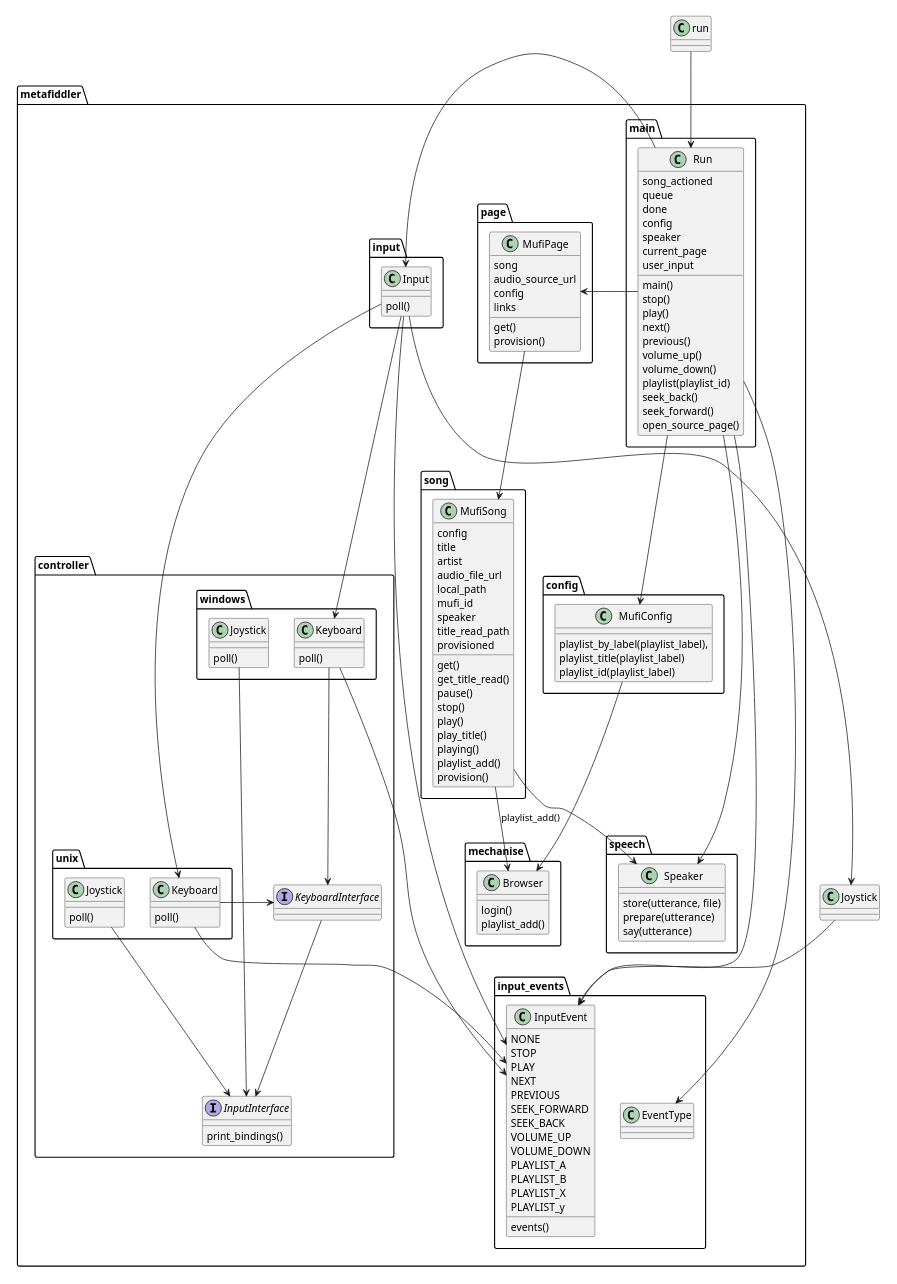
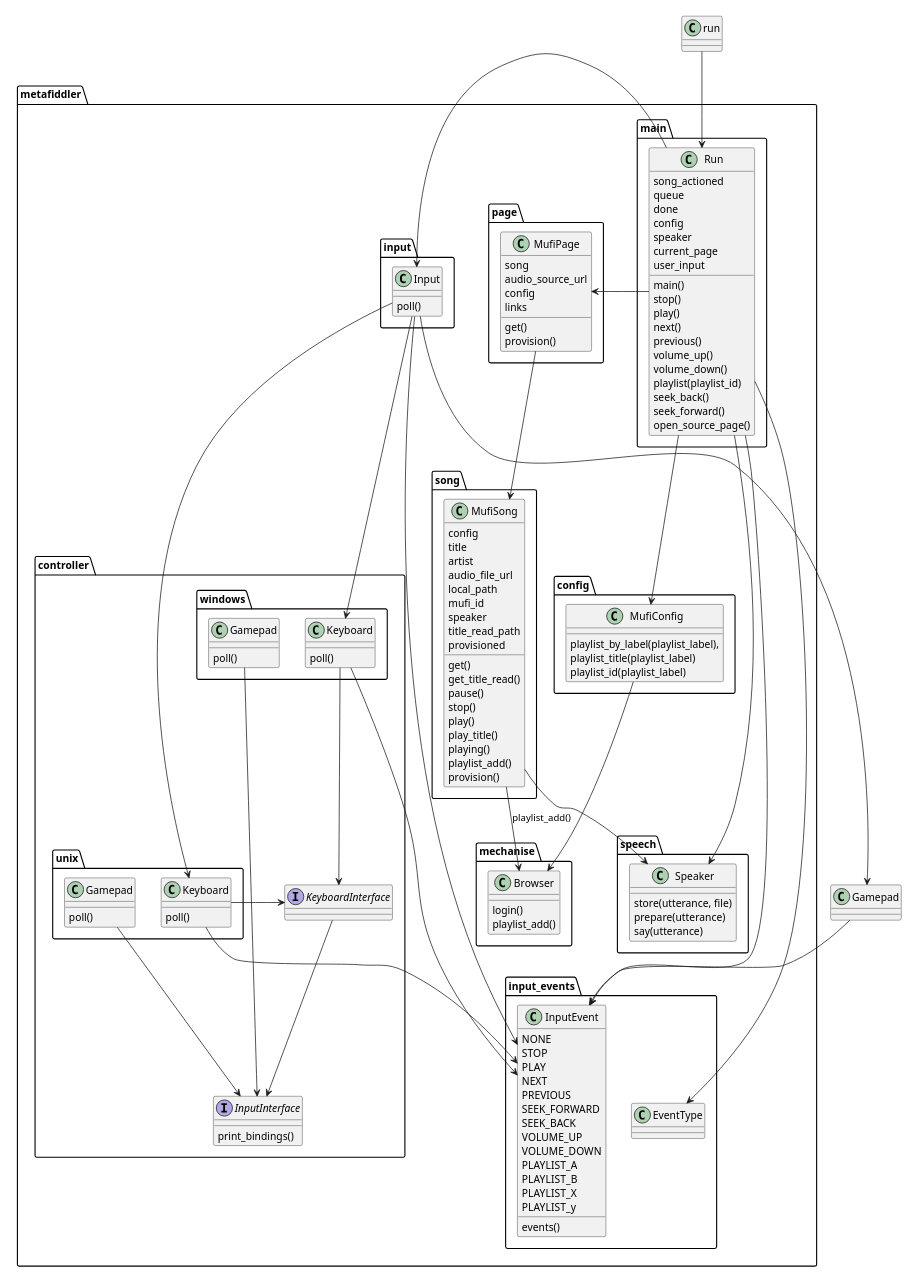
The diagram in docs/object-relation.puml (wmpollock/metafiddler), drawn with PlantUML before and after one commit. The commit also changed 7 other files, not shown here.

Commit message:
s/joystick/gamepad/

```diff
--- a/docs/object-relation.puml
+++ b/docs/object-relation.puml
@@ -1,169 +1,169 @@
 @startuml
 
 scale 1024 width 
 scale 768 height 
 
 package metafiddler {
 
   package main {
     class Run {
       song_actioned
       queue
       done
       config
       speaker
       current_page
       user_input
       main()
       stop()
       play()
       next()
       previous()
       volume_up()
       volume_down()
       playlist(playlist_id)
       seek_back()
       seek_forward()
       open_source_page()
   } 
 }
 
   
   package config {
     class MufiConfig {
       playlist_by_label(playlist_label),
       playlist_title(playlist_label)
       playlist_id(playlist_label)
     }
   }
   package input {
     Input : poll()  
   }
 
   
 
   package input_events {
     class EventType
     class InputEvent {
       NONE
       STOP
       PLAY
       NEXT
       PREVIOUS
       SEEK_FORWARD  
       SEEK_BACK
       VOLUME_UP
       VOLUME_DOWN
       PLAYLIST_A
       PLAYLIST_B
       PLAYLIST_X
       PLAYLIST_y
       events()
     }
   }
   package mechanise {
     class Browser {
       login()
       playlist_add()
     }
   }
   package page {
     class MufiPage {
         song
         audio_source_url
         config
         links
         get()
         provision()
     }
   }
  package song {
     class MufiSong {
       config
       title
       artist
       audio_file_url
       local_path
       mufi_id
       speaker
       title_read_path
       provisioned
       get()
       get_title_read()
       pause()
       stop()
       play()
       play_title()
       playing()
       playlist_add()
       provision()
     }
     MufiSong --> Browser : playlist_add()
    }
   
   package speech {
     class Speaker {
       store(utterance, file)
       prepare(utterance)
       say(utterance)
     }
   }
 
   package controller {
     interface InputInterface {
       print_bindings()
     }
     interface KeyboardInterface {
       
     }
     KeyboardInterface --> InputInterface
     
     package windows {
       class Keyboard {
         poll()
       }
       
       Keyboard --> KeyboardInterface
-      class Joystick {
+      class Gamepad {
         poll()
       }
-      Joystick --> InputInterface
+      Gamepad --> InputInterface
     }   
     package unix {
       class "Keyboard" as kbdunix {
         poll()
       }
       kbdunix -> KeyboardInterface 
-      class Joystick {
+      class Gamepad {
         poll()
       }
-      Joystick --> InputInterface
+      Gamepad --> InputInterface
       
     }   
 
   }
 }
 
 run --> Run 
 MufiConfig --> Browser
 
 Run -> MufiPage
 Run --> Speaker
 Run --> InputEvent
 Run --> EventType
 Run -> MufiConfig 
 Run -> Input
 
 Input --> InputEvent
 Input --> Keyboard
-Input --> Joystick
+Input --> Gamepad
 Input --> kbdunix
 
 Keyboard-->InputEvent
-Joystick-->InputEvent
+Gamepad-->InputEvent
 kbdunix-->InputEvent
 
 MufiPage --> MufiSong
 MufiSong --> Speaker
 
 @enduml
```
